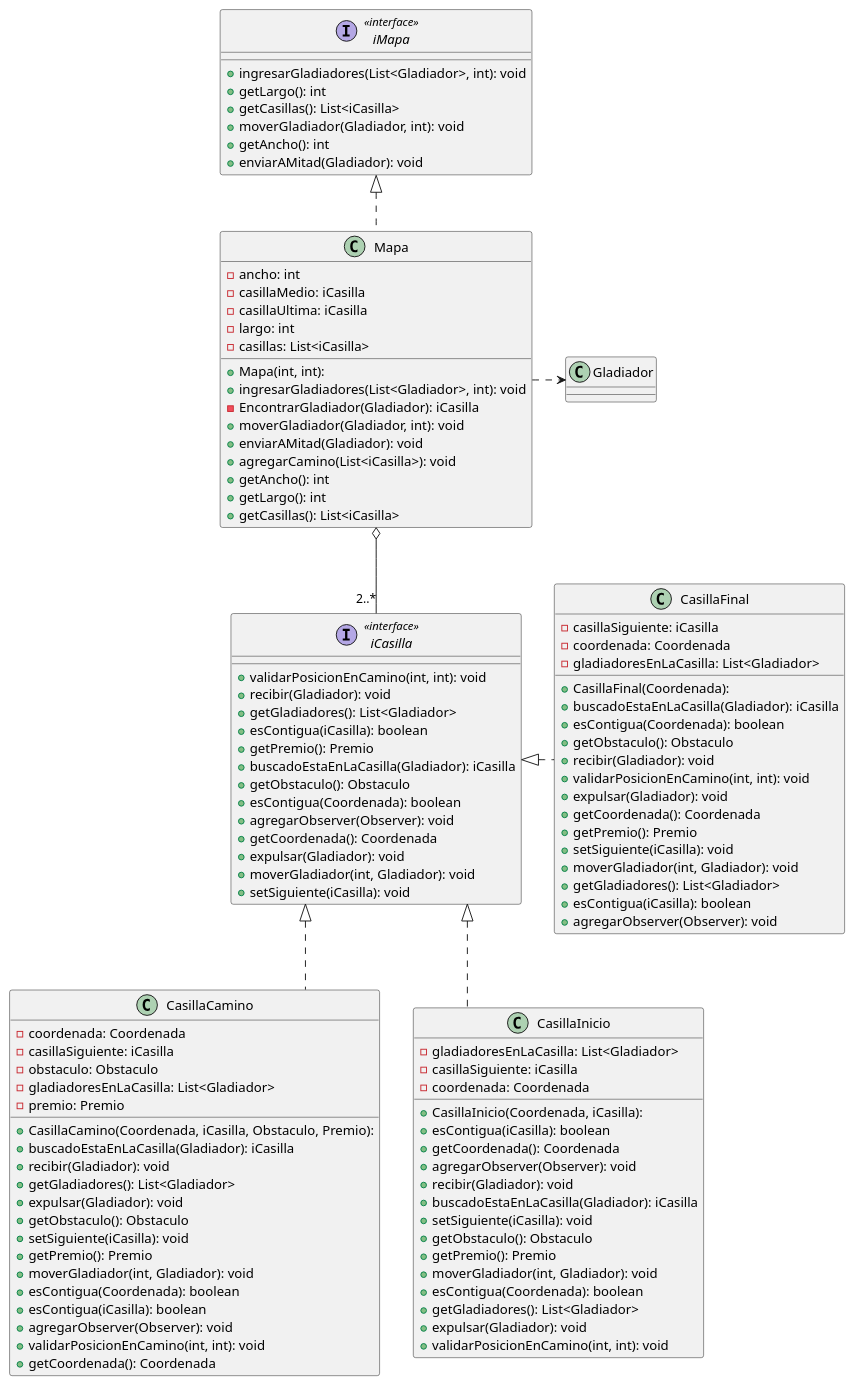
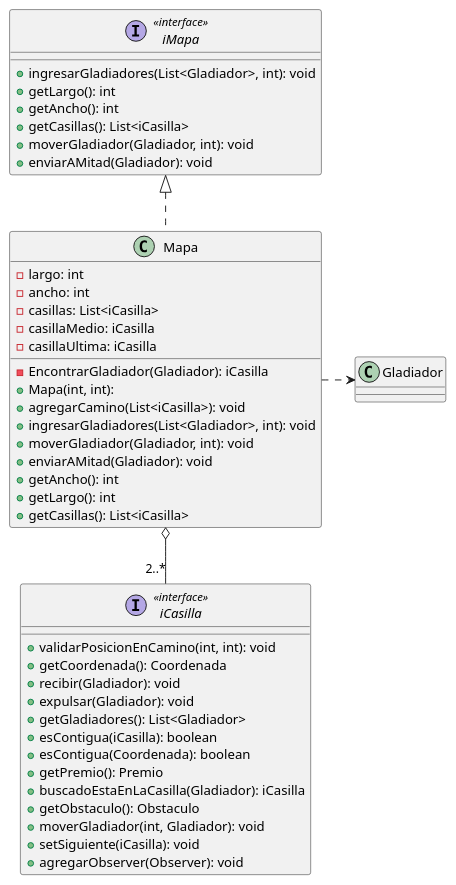
Before and after one commit to mcumskov/Algo3_tp2: the diagram in diagrams/clases/DiagramasParaInforme/DiagramaMapaChiquito.puml, drawn with PlantUML. The commit also changed 2 other files, not shown here.

Commit message:
Separo diagrama de clases de mapa iCasillas + casillas casillas + eventos + coordenadas

```diff
--- a/diagrams/clases/DiagramasParaInforme/DiagramaMapaChiquito.puml
+++ b/diagrams/clases/DiagramasParaInforme/DiagramaMapaChiquito.puml
@@ -1,117 +1,51 @@
 @startuml
 skinparam linetype ortho
 
 interface iMapa << interface >> {
   + ingresarGladiadores(List<Gladiador>, int): void
   + getLargo(): int
+  + getAncho(): int
   + getCasillas(): List<iCasilla>
   + moverGladiador(Gladiador, int): void
-  + getAncho(): int
   + enviarAMitad(Gladiador): void
 }
 
 class Mapa {
-  + Mapa(int, int):
+  - largo: int
   - ancho: int
+  - casillas: List<iCasilla>
   - casillaMedio: iCasilla
   - casillaUltima: iCasilla
-  - largo: int
-  - casillas: List<iCasilla>
+  - EncontrarGladiador(Gladiador): iCasilla
+  + Mapa(int, int):
+  + agregarCamino(List<iCasilla>): void
   + ingresarGladiadores(List<Gladiador>, int): void
-  - EncontrarGladiador(Gladiador): iCasilla
   + moverGladiador(Gladiador, int): void
   + enviarAMitad(Gladiador): void
-  + agregarCamino(List<iCasilla>): void
   + getAncho(): int
   + getLargo(): int
   + getCasillas(): List<iCasilla>
 }
 
 interface iCasilla << interface >> {
   + validarPosicionEnCamino(int, int): void
+  + getCoordenada(): Coordenada
   + recibir(Gladiador): void
+  + expulsar(Gladiador): void
   + getGladiadores(): List<Gladiador>
   + esContigua(iCasilla): boolean
+  + esContigua(Coordenada): boolean
   + getPremio(): Premio
   + buscadoEstaEnLaCasilla(Gladiador): iCasilla
   + getObstaculo(): Obstaculo
-  + esContigua(Coordenada): boolean
-  + agregarObserver(Observer): void
-  + getCoordenada(): Coordenada
-  + expulsar(Gladiador): void
   + moverGladiador(int, Gladiador): void
   + setSiguiente(iCasilla): void
-}
-
-class CasillaCamino {
-  + CasillaCamino(Coordenada, iCasilla, Obstaculo, Premio):
-  - coordenada: Coordenada
-  - casillaSiguiente: iCasilla
-  - obstaculo: Obstaculo
-  - gladiadoresEnLaCasilla: List<Gladiador>
-  - premio: Premio
-  + buscadoEstaEnLaCasilla(Gladiador): iCasilla
-  + recibir(Gladiador): void
-  + getGladiadores(): List<Gladiador>
-  + expulsar(Gladiador): void
-  + getObstaculo(): Obstaculo
-  + setSiguiente(iCasilla): void
-  + getPremio(): Premio
-  + moverGladiador(int, Gladiador): void
-  + esContigua(Coordenada): boolean
-  + esContigua(iCasilla): boolean
-  + agregarObserver(Observer): void
-  + validarPosicionEnCamino(int, int): void
-  + getCoordenada(): Coordenada
-}
-
-class CasillaInicio {
-  + CasillaInicio(Coordenada, iCasilla):
-  - gladiadoresEnLaCasilla: List<Gladiador>
-  - casillaSiguiente: iCasilla
-  - coordenada: Coordenada
-  + esContigua(iCasilla): boolean
-  + getCoordenada(): Coordenada
-  + agregarObserver(Observer): void
-  + recibir(Gladiador): void
-  + buscadoEstaEnLaCasilla(Gladiador): iCasilla
-  + setSiguiente(iCasilla): void
-  + getObstaculo(): Obstaculo
-  + getPremio(): Premio
-  + moverGladiador(int, Gladiador): void
-  + esContigua(Coordenada): boolean
-  + getGladiadores(): List<Gladiador>
-  + expulsar(Gladiador): void
-  + validarPosicionEnCamino(int, int): void
-}
-
-class CasillaFinal {
-  + CasillaFinal(Coordenada):
-  - casillaSiguiente: iCasilla
-  - coordenada: Coordenada
-  - gladiadoresEnLaCasilla: List<Gladiador>
-  + buscadoEstaEnLaCasilla(Gladiador): iCasilla
-  + esContigua(Coordenada): boolean
-  + getObstaculo(): Obstaculo
-  + recibir(Gladiador): void
-  + validarPosicionEnCamino(int, int): void
-  + expulsar(Gladiador): void
-  + getCoordenada(): Coordenada
-  + getPremio(): Premio
-  + setSiguiente(iCasilla): void
-  + moverGladiador(int, Gladiador): void
-  + getGladiadores(): List<Gladiador>
-  + esContigua(iCasilla): boolean
   + agregarObserver(Observer): void
 }
-
-iCasilla ^.- CasillaCamino
-iCasilla ^.- CasillaInicio
-iCasilla ^. CasillaFinal
 
 iMapa <|.- Mapa
 Mapa .> Gladiador
 Mapa o-- "2..*"iCasilla
 
 
 @enduml
```
